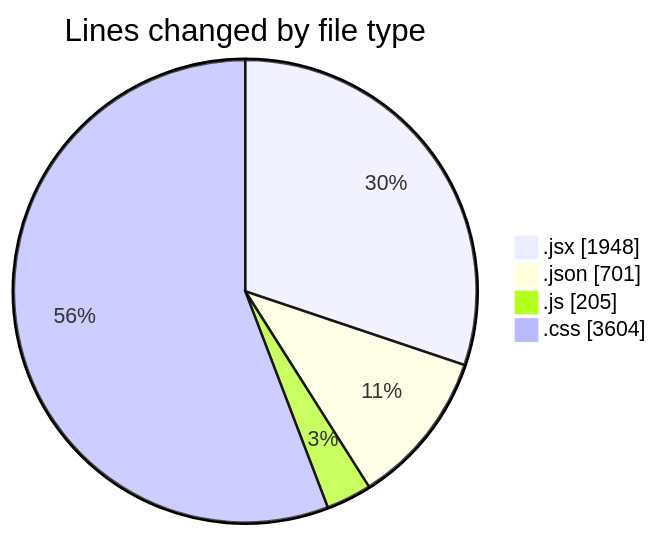
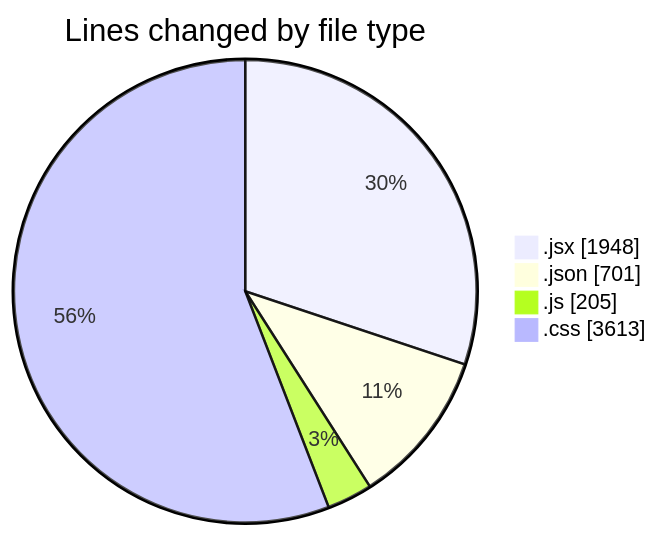
One commit to BS-eng2023/code-tracking changed the first of 2 diagrams in 2025-05-04/project/README.md. Above: the diagram before and after it, drawn with Mermaid. The commit also changed other lines of this file and 1 other file, not shown here.

````diff
--- a/2025-05-04/project/README.md
+++ b/2025-05-04/project/README.md
@@ -43,8 +43,8 @@
 ```mermaid
 pie showData
 title Lines changed by file type
 ".jsx" : 1948
 ".json" : 701
 ".js" : 205
-".css" : 3604
+".css" : 3613
 ```
````
